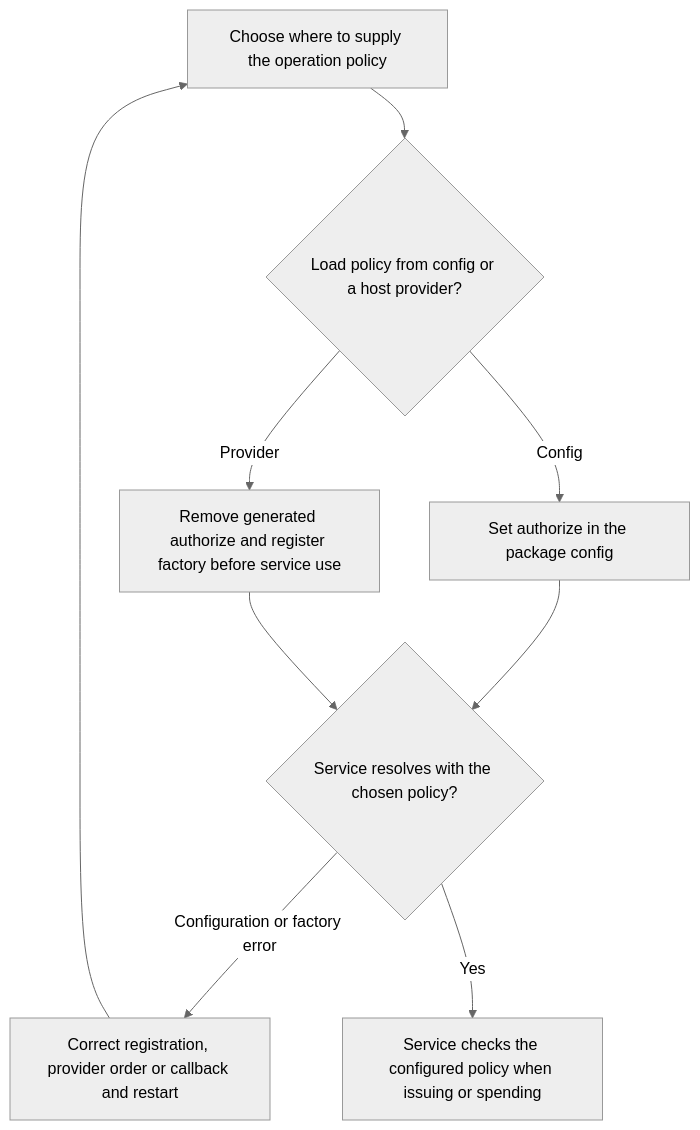
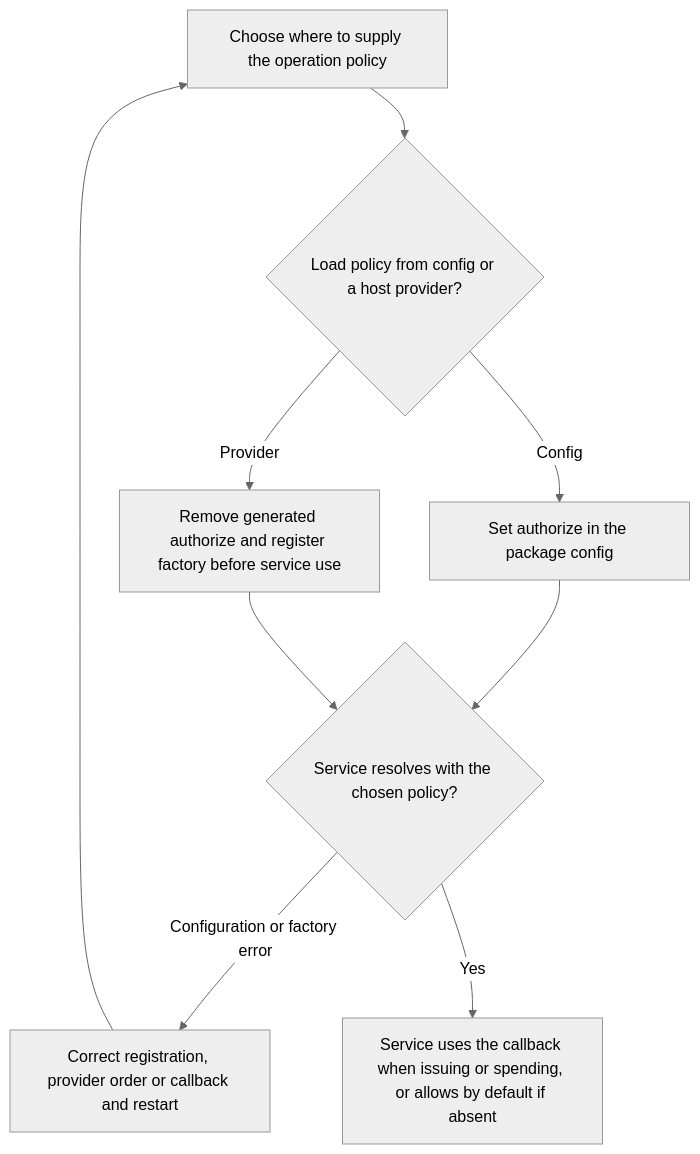
The first of 2 diagrams in user-stories/US-CONFIRM-09-register-authorization.md (Kevinjohn/oss-adonisjs-confirm-action-with-password), drawn with Mermaid (neutral theme) before and after one commit. The commit also changed other lines of this file, not shown here.

Commit message:
Clarify absent registry authorization in story

````diff
--- a/user-stories/US-CONFIRM-09-register-authorization.md
+++ b/user-stories/US-CONFIRM-09-register-authorization.md
@@ -21,11 +21,11 @@
 ```mermaid
 flowchart TD
     A["Choose where to supply the operation policy"] --> B{"Load policy from config or a host provider?"}
     B -->|Config| C["Set authorize in the package config"]
     B -->|Provider| D["Remove generated authorize and register factory before service use"]
     C --> E{"Service resolves with the chosen policy?"}
     D --> E
     E -->|Configuration or factory error| F["Correct registration, provider order or callback and restart"]
     F --> A
-    E -->|Yes| G["Service checks the configured policy when issuing or spending"]
+    E -->|Yes| G["Service uses the callback when issuing or spending, or allows by default if absent"]
 ```
````
